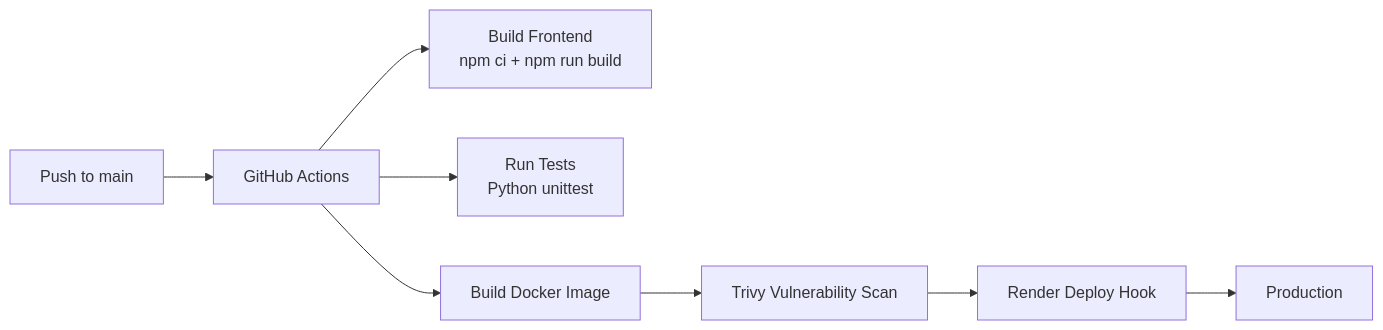
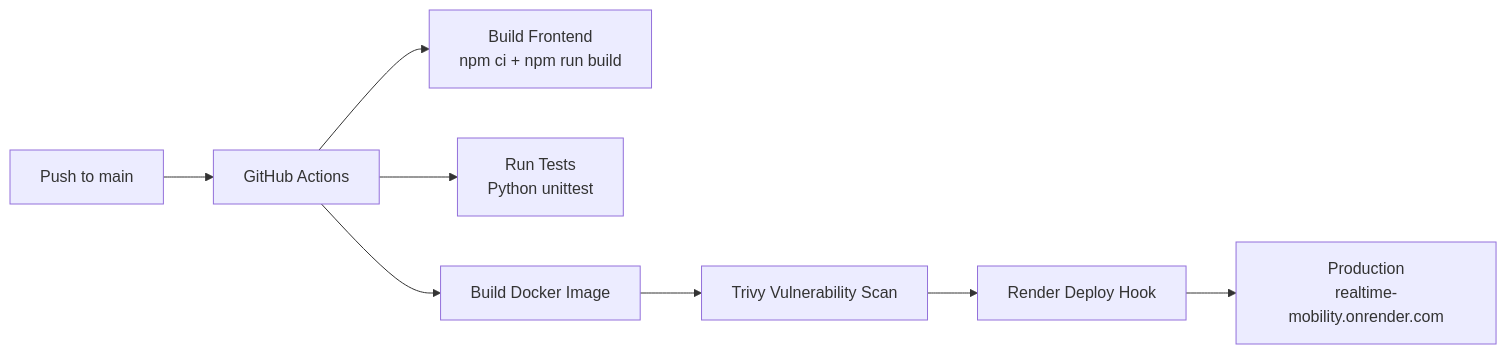
One commit to tukue/realtime-mobility changed the third of 3 diagrams in README.md. Above: the diagram before and after it, drawn with Mermaid. The commit also changed other lines of this file, not shown here.

Commit message:
Add live URL to README

````diff
--- a/README.md
+++ b/README.md
@@ -248,10 +250,10 @@
 ```mermaid
 graph LR
     Push[Push to main] --> CI[GitHub Actions]
     CI --> Build[Build Frontend<br/>npm ci + npm run build]
     CI --> Test[Run Tests<br/>Python unittest]
     CI --> Docker[Build Docker Image]
     Docker --> Scan[Trivy Vulnerability Scan]
     Scan --> Deploy[Render Deploy Hook]
-    Deploy --> Live[Production]
+    Deploy --> Live[Production<br/>realtime-mobility.onrender.com]
 ```
````
